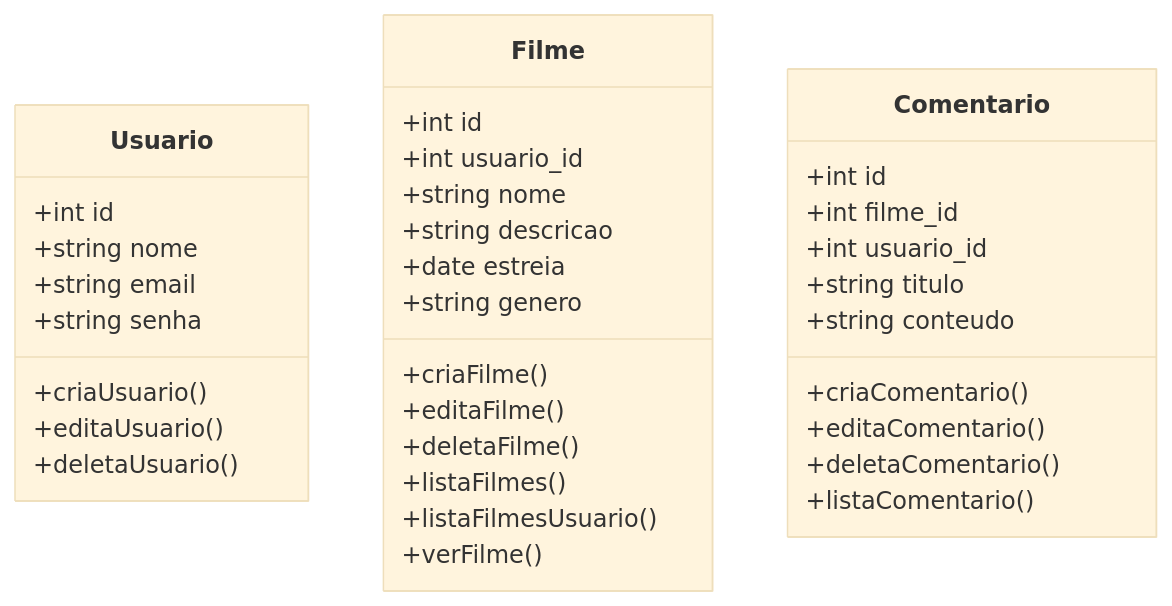
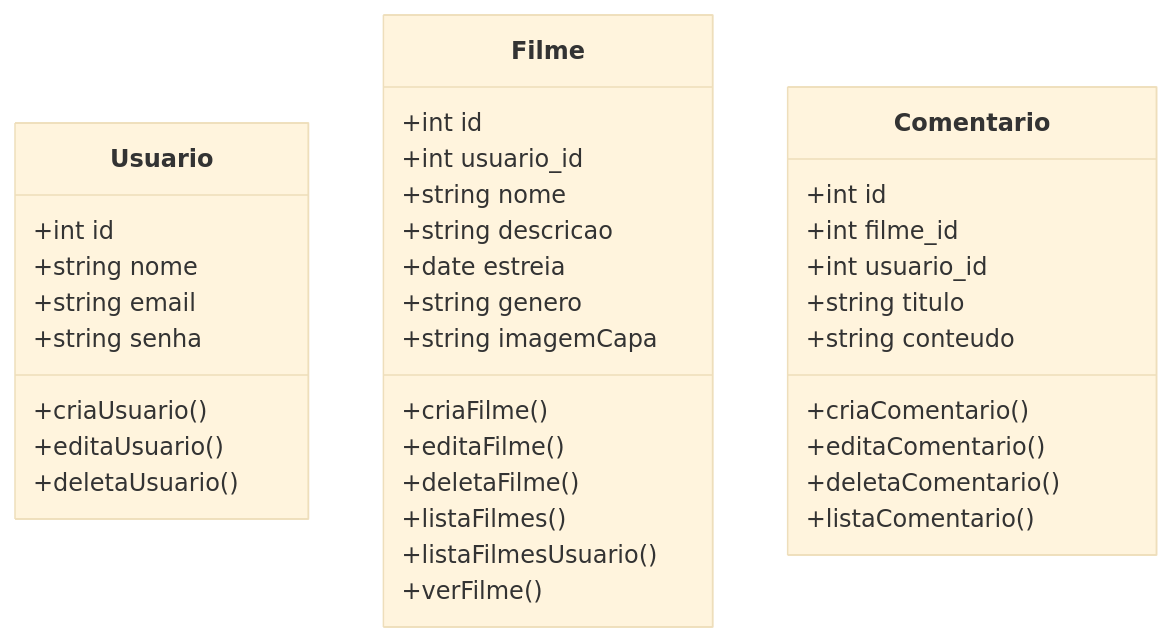
One commit to IgorOliverx/gerenciamento-filmes changed the second of 6 diagrams in README.md. Above: the diagram before and after it, drawn with Mermaid (base theme).

````diff
--- a/README.md
+++ b/README.md
@@ -104,39 +104,40 @@
 ```mermaid
     classDiagram
         class Usuario {
             +int id
             +string nome
             +string email
             +string senha
             +criaUsuario()
             +editaUsuario()
             +deletaUsuario()
         }
 
         class Filme {
             +int id
             +int usuario_id
             +string nome
             +string descricao
             +date estreia
             +string genero
+            +string imagemCapa
             +criaFilme()
             +editaFilme()
             +deletaFilme()
             +listaFilmes()
             +listaFilmesUsuario()
             +verFilme()
         }
 
         class Comentario {
             +int id
             +int filme_id
             +int usuario_id
             +string titulo
             +string conteudo
             +criaComentario()
             +editaComentario()
             +deletaComentario()
             +listaComentario()
         }
 ```
````
